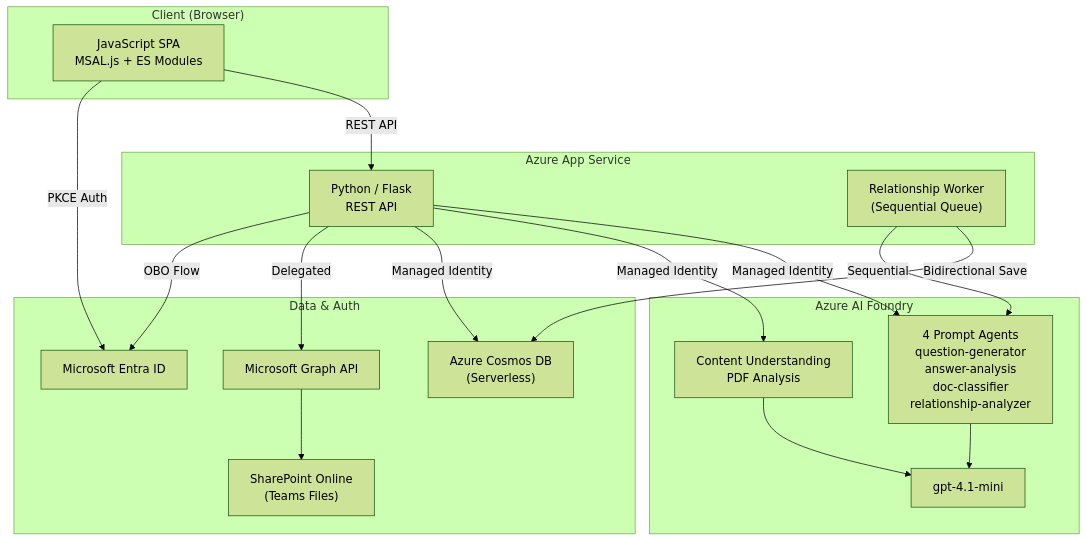
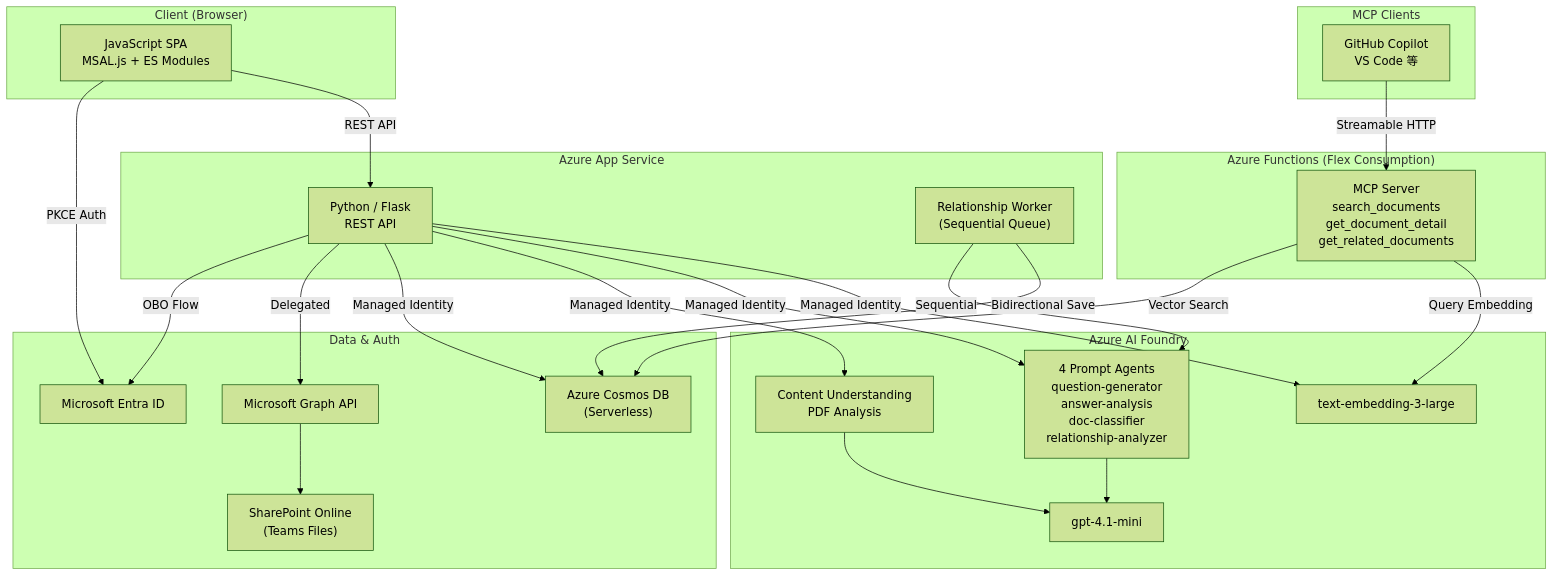
Before and after one commit to hatasaki/Manufacturing-Intelligent-Document-Management: the first of 2 diagrams in README.md, drawn with Mermaid (forest theme). The commit also changed other lines of this file and 1 other file, not shown here.

````diff
--- a/README.md
+++ b/README.md
@@ -37,37 +37,50 @@
 ```mermaid
 graph TB
     subgraph "Client (Browser)"
         FE["JavaScript SPA<br/>MSAL.js + ES Modules"]
     end
 
     subgraph "Azure App Service"
         BE["Python / Flask<br/>REST API"]
         REL_WORKER["Relationship Worker<br/>(Sequential Queue)"]
     end
 
+    subgraph "Azure Functions (Flex Consumption)"
+        MCP["MCP Server<br/>search_documents<br/>get_document_detail<br/>get_related_documents"]
+    end
+
     subgraph "Azure AI Foundry"
         CU["Content Understanding<br/>PDF Analysis"]
         AGENTS["4 Prompt Agents<br/>question-generator<br/>answer-analysis<br/>doc-classifier<br/>relationship-analyzer"]
         GPT["gpt-4.1-mini"]
+        EMB["text-embedding-3-large"]
     end
 
     subgraph "Data & Auth"
         COSMOS["Azure Cosmos DB<br/>(Serverless)"]
         ENTRA["Microsoft Entra ID"]
         GRAPH["Microsoft Graph API"]
         SP["SharePoint Online<br/>(Teams Files)"]
+    end
+
+    subgraph "MCP Clients"
+        MCP_CLIENT["GitHub Copilot<br/>VS Code 等"]
     end
 
     FE -->|"PKCE Auth"| ENTRA
     FE -->|"REST API"| BE
     BE -->|"OBO Flow"| ENTRA
     BE -->|"Delegated"| GRAPH
     GRAPH --> SP
     BE -->|"Managed Identity"| COSMOS
     BE -->|"Managed Identity"| CU
     BE -->|"Managed Identity"| AGENTS
+    BE -->|"Managed Identity"| EMB
     AGENTS --> GPT
     CU --> GPT
     REL_WORKER -->|"Sequential"| AGENTS
     REL_WORKER -->|"Bidirectional Save"| COSMOS
+    MCP_CLIENT -->|"Streamable HTTP"| MCP
+    MCP -->|"Vector Search"| COSMOS
+    MCP -->|"Query Embedding"| EMB
 ```
````
